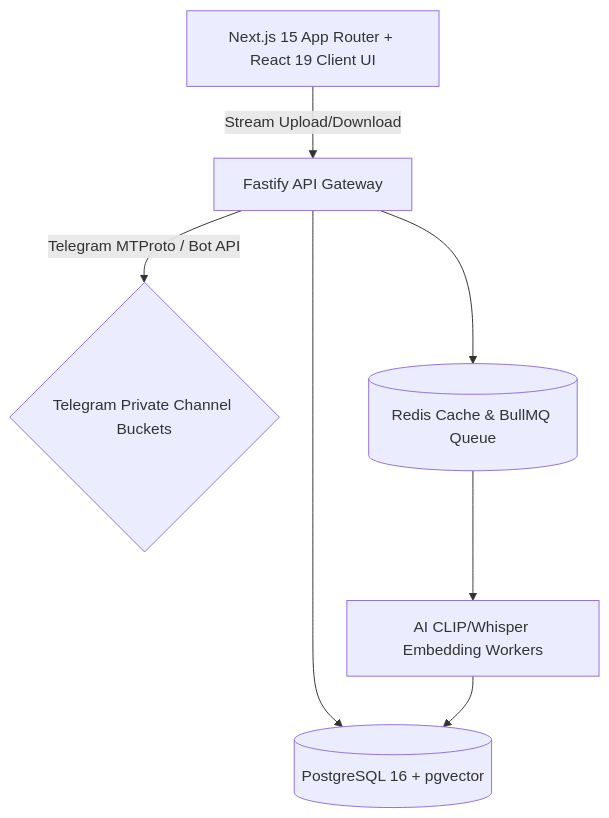
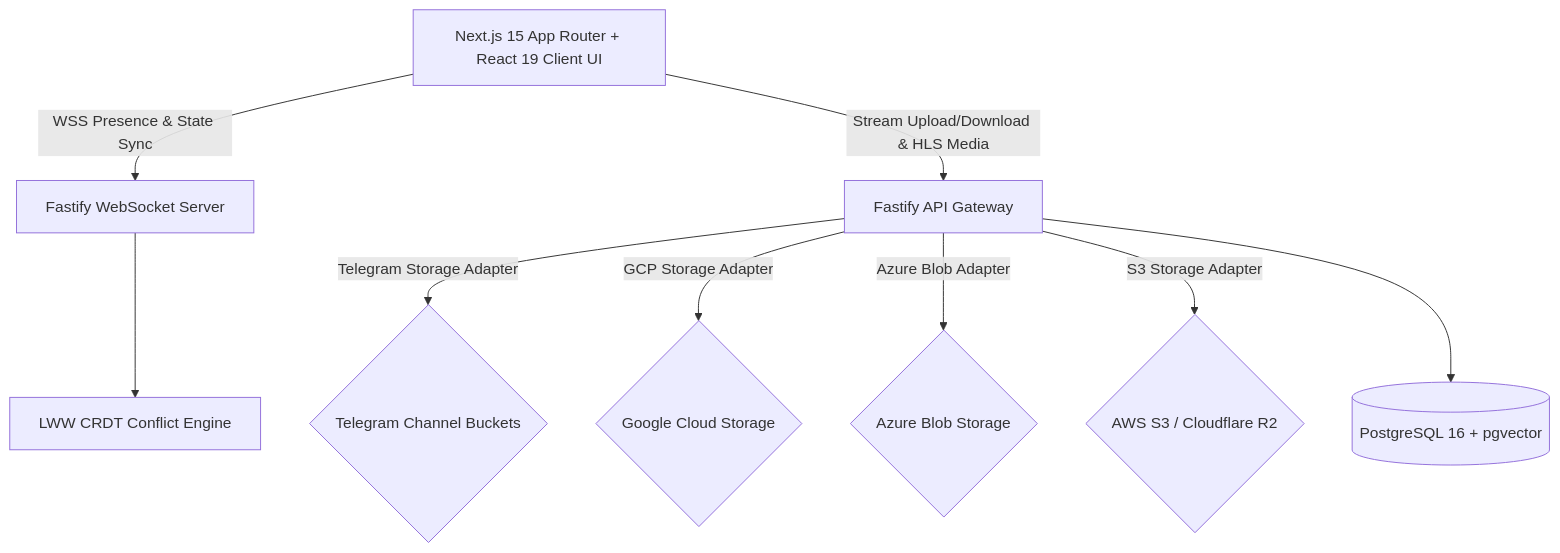
The diagram in context/PROJECT_STATE.md (vanrajsinh650/BucketSpace), drawn with Mermaid before and after one commit. The commit also changed other lines of this file and 17 other files, not shown here.

````diff
--- a/context/PROJECT_STATE.md
+++ b/context/PROJECT_STATE.md
@@ -30,9 +30,11 @@
 ```mermaid
 graph TD
-    UI[Next.js 15 App Router + React 19 Client UI] -->|Stream Upload/Download| Gateway[Fastify API Gateway]
-    Gateway -->|Telegram MTProto / Bot API| TelegramStorage{Telegram Private Channel Buckets}
+    UI[Next.js 15 App Router + React 19 Client UI] -->|WSS Presence & State Sync| WSServer[Fastify WebSocket Server]
+    UI -->|Stream Upload/Download & HLS Media| Gateway[Fastify API Gateway]
+    Gateway -->|Telegram Storage Adapter| TelegramStorage{Telegram Channel Buckets}
+    Gateway -->|GCP Storage Adapter| GCPStorage{Google Cloud Storage}
+    Gateway -->|Azure Blob Adapter| AzureStorage{Azure Blob Storage}
+    Gateway -->|S3 Storage Adapter| S3Storage{AWS S3 / Cloudflare R2}
     Gateway --> DB[(PostgreSQL 16 + pgvector)]
-    Gateway --> Cache[(Redis Cache & BullMQ Queue)]
-    Cache --> Workers[AI CLIP/Whisper Embedding Workers]
-    Workers --> DB
+    WSServer --> CRDT[LWW CRDT Conflict Engine]
 ```
````
